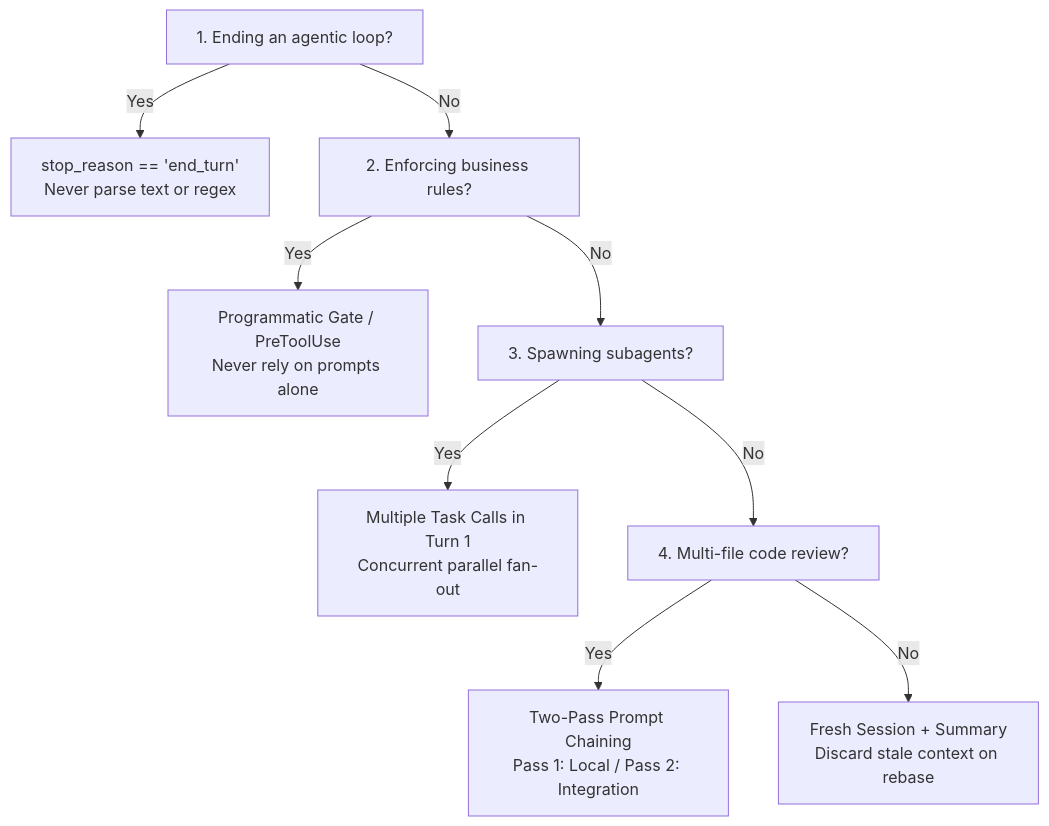
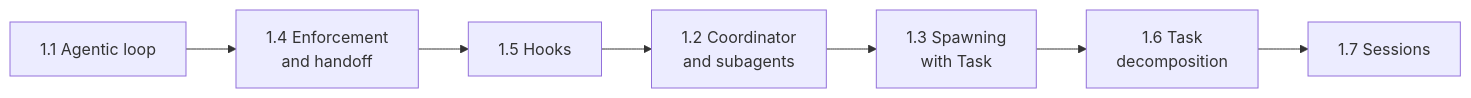
The diagram in domain1/README.md (dip4k/claude_cert_architect_foundation_prep), drawn with Mermaid before and after one commit. The commit also changed other lines of this file and 133 other files, not shown here.

````diff
--- a/domain1/README.md
+++ b/domain1/README.md
@@ -127,11 +25,9 @@
 ```mermaid
-flowchart TD
-    Q1["1. Ending an agentic loop?"] -->|Yes| A1["stop_reason == 'end_turn'<br>Never parse text or regex"]
-    Q1 -->|No| Q2["2. Enforcing business rules?"]
-    Q2 -->|Yes| A2["Programmatic Gate / PreToolUse<br>Never rely on prompts alone"]
-    Q2 -->|No| Q3["3. Spawning subagents?"]
-    Q3 -->|Yes| A3["Multiple Task Calls in Turn 1<br>Concurrent parallel fan-out"]
-    Q3 -->|No| Q4["4. Multi-file code review?"]
-    Q4 -->|Yes| A4["Two-Pass Prompt Chaining<br>Pass 1: Local / Pass 2: Integration"]
-    Q4 -->|No| A5["Fresh Session + Summary<br>Discard stale context on rebase"]
+flowchart LR
+    T11["1.1 Agentic loop"] --> T14["1.4 Enforcement<br>and handoff"]
+    T14 --> T15["1.5 Hooks"]
+    T15 --> T12["1.2 Coordinator<br>and subagents"]
+    T12 --> T13["1.3 Spawning<br>with Task"]
+    T13 --> T16["1.6 Task<br>decomposition"]
+    T16 --> T17["1.7 Sessions"]
 ```
````
